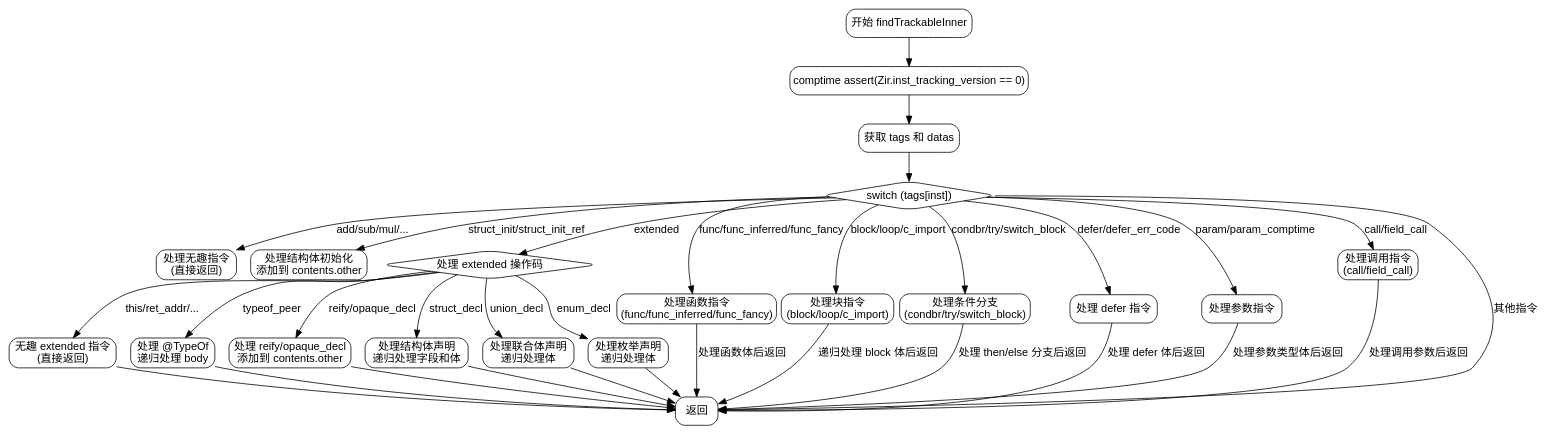
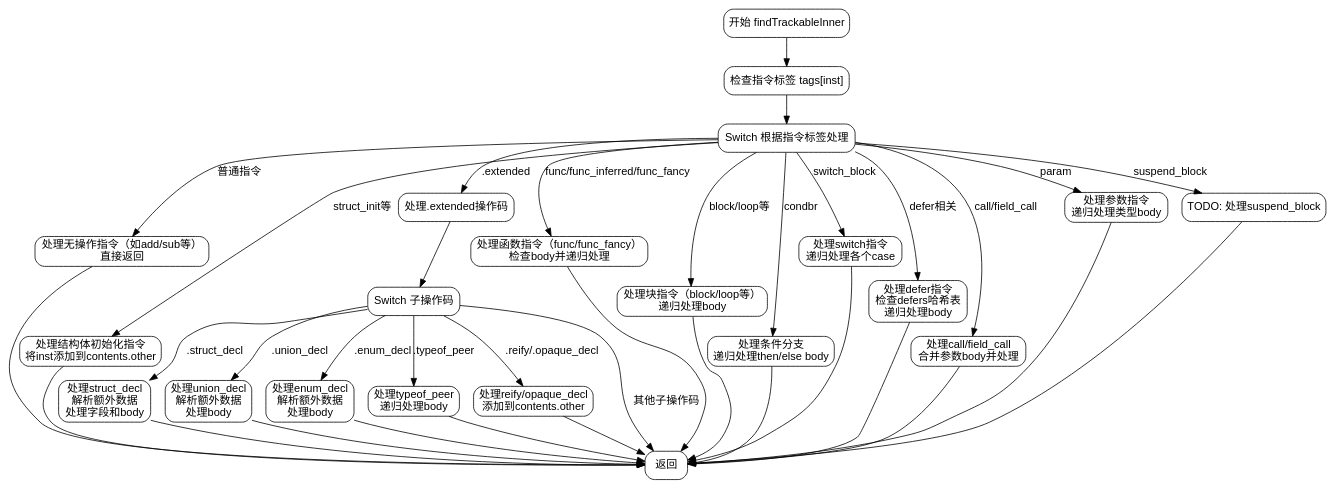
Before and after one commit to sdzx-1/deepseek-zig-reader: the diagram in dot_std/zig/Zir.zig.findTrackableInner.md, drawn with Graphviz. The commit also changed other lines of this file and 236 other files, not shown here.

````diff
--- a/dot_std/zig/Zir.zig.findTrackableInner.md
+++ b/dot_std/zig/Zir.zig.findTrackableInner.md
@@ -23,79 +33,65 @@
 ```dot
 digraph flowchart {
     node [shape=rectangle, style="rounded", fontname="Arial"];
     edge [fontname="Arial"];
 
     start [label="开始 findTrackableInner"];
-    check_inst_tracking_version [label="comptime assert(Zir.inst_tracking_version == 0)"];
-    get_tags_datas [label="获取 tags 和 datas"];
-    switch_inst_tag [label="switch (tags[inst])", shape=diamond];
-
-    // 主要分支
-    boring_instructions [label="处理无趣指令\n(直接返回)"];
-    struct_init_group [label="处理结构体初始化\n添加到 contents.other"];
-    extended_opcode [label="处理 extended 操作码", shape=diamond];
-    func_handling [label="处理函数指令\n(func/func_inferred/func_fancy)"];
-    block_handling [label="处理块指令\n(block/loop/c_import)"];
-    condbr_handling [label="处理条件分支\n(condbr/try/switch_block)"];
-    defer_handling [label="处理 defer 指令"];
-    param_handling [label="处理参数指令"];
-    call_handling [label="处理调用指令\n(call/field_call)"];
+    check_tags [label="检查指令标签 tags[inst]"];
+    switch_tags [label="Switch 根据指令标签处理"];
+    handle_boring_inst [label="处理无操作指令（如add/sub等）\n直接返回"];
+    handle_struct_init [label="处理结构体初始化指令\n将inst添加到contents.other"];
+    extended_case [label="处理.extended操作码"];
+    extended_switch [label="Switch 子操作码"];
+    handle_struct_decl [label="处理struct_decl\n解析额外数据\n处理字段和body"];
+    handle_union_decl [label="处理union_decl\n解析额外数据\n处理body"];
+    handle_enum_decl [label="处理enum_decl\n解析额外数据\n处理body"];
+    handle_typeof_peer [label="处理typeof_peer\n递归处理body"];
+    handle_reify_opaque [label="处理reify/opaque_decl\n添加到contents.other"];
+    handle_func [label="处理函数指令（func/func_fancy）\n检查body并递归处理"];
+    handle_block [label="处理块指令（block/loop等）\n递归处理body"];
+    handle_condbr [label="处理条件分支\n递归处理then/else body"];
+    handle_switch [label="处理switch指令\n递归处理各个case"];
+    handle_defer [label="处理defer指令\n检查defers哈希表\n递归处理body"];
+    handle_call [label="处理call/field_call\n合并参数body并处理"];
+    handle_param [label="处理参数指令\n递归处理类型body"];
+    todo_suspend [label="TODO: 处理suspend_block"];
     return [label="返回"];
 
-    // Extended Opcode 子分支
-    extended_boring [label="无趣 extended 指令\n(直接返回)"];
-    typeof_peer [label="处理 @TypeOf\n递归处理 body"];
-    reify_opaque [label="处理 reify/opaque_decl\n添加到 contents.other"];
-    struct_decl [label="处理结构体声明\n递归处理字段和体"];
-    union_decl [label="处理联合体声明\n递归处理体"];
-    enum_decl [label="处理枚举声明\n递归处理体"];
+    start -> check_tags;
+    check_tags -> switch_tags;
+    switch_tags -> handle_boring_inst [label="普通指令"];
+    switch_tags -> handle_struct_init [label="struct_init等"];
+    switch_tags -> extended_case [label=".extended"];
+    switch_tags -> handle_func [label="func/func_inferred/func_fancy"];
+    switch_tags -> handle_block [label="block/loop等"];
+    switch_tags -> handle_condbr [label="condbr"];
+    switch_tags -> handle_switch [label="switch_block"];
+    switch_tags -> handle_defer [label="defer相关"];
+    switch_tags -> handle_call [label="call/field_call"];
+    switch_tags -> handle_param [label="param"];
+    switch_tags -> todo_suspend [label="suspend_block"];
+    extended_case -> extended_switch;
+    extended_switch -> handle_struct_decl [label=".struct_decl"];
+    extended_switch -> handle_union_decl [label=".union_decl"];
+    extended_switch -> handle_enum_decl [label=".enum_decl"];
+    extended_switch -> handle_typeof_peer [label=".typeof_peer"];
+    extended_switch -> handle_reify_opaque [label=".reify/.opaque_decl"];
+    extended_switch -> return [label="其他子操作码"];
 
-    // 连接节点
-    start -> check_inst_tracking_version;
-    check_inst_tracking_version -> get_tags_datas;
-    get_tags_datas -> switch_inst_tag;
-
-    switch_inst_tag -> boring_instructions [label="add/sub/mul/..."];
-    switch_inst_tag -> struct_init_group [label="struct_init/struct_init_ref"];
-    switch_inst_tag -> extended_opcode [label="extended"];
-    switch_inst_tag -> func_handling [label="func/func_inferred/func_fancy"];
-    switch_inst_tag -> block_handling [label="block/loop/c_import"];
-    switch_inst_tag -> condbr_handling [label="condbr/try/switch_block"];
-    switch_inst_tag -> defer_handling [label="defer/defer_err_code"];
-    switch_inst_tag -> param_handling [label="param/param_comptime"];
-    switch_inst_tag -> call_handling [label="call/field_call"];
-    switch_inst_tag -> return [label="其他指令"];
-
-    // Extended 分支展开
-    extended_opcode -> extended_boring [label="this/ret_addr/..."];
-    extended_opcode -> typeof_peer [label="typeof_peer"];
-    extended_opcode -> reify_opaque [label="reify/opaque_decl"];
-    extended_opcode -> struct_decl [label="struct_decl"];
-    extended_opcode -> union_decl [label="union_decl"];
-    extended_opcode -> enum_decl [label="enum_decl"];
-    extended_boring -> return;
-    typeof_peer -> return;
-    reify_opaque -> return;
-    struct_decl -> return;
-    union_decl -> return;
-    enum_decl -> return;
-
-    // 函数处理细节
-    func_handling -> return [label="处理函数体后返回"];
-
-    // 块处理细节
-    block_handling -> return [label="递归处理 block 体后返回"];
-
-    // 条件分支处理
-    condbr_handling -> return [label="处理 then/else 分支后返回"];
-
-    // Defer 处理
-    defer_handling -> return [label="处理 defer 体后返回"];
-
-    // 参数处理
-    param_handling -> return [label="处理参数类型体后返回"];
-
-    // 调用处理
-    call_handling -> return [label="处理调用参数后返回"];
+    handle_boring_inst -> return;
+    handle_struct_init -> return;
+    handle_reify_opaque -> return;
+    handle_typeof_peer -> return;
+    handle_struct_decl -> return;
+    handle_union_decl -> return;
+    handle_enum_decl -> return;
+    handle_func -> return;
+    handle_block -> return;
+    handle_condbr -> return;
+    handle_switch -> return;
+    handle_defer -> return;
+    handle_call -> return;
+    handle_param -> return;
+    todo_suspend -> return;
 }
 ```
````
